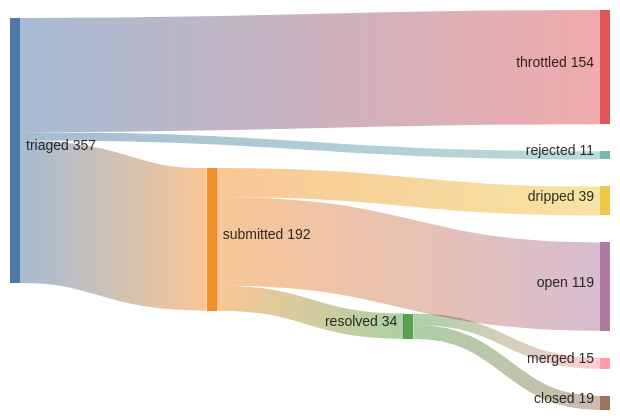
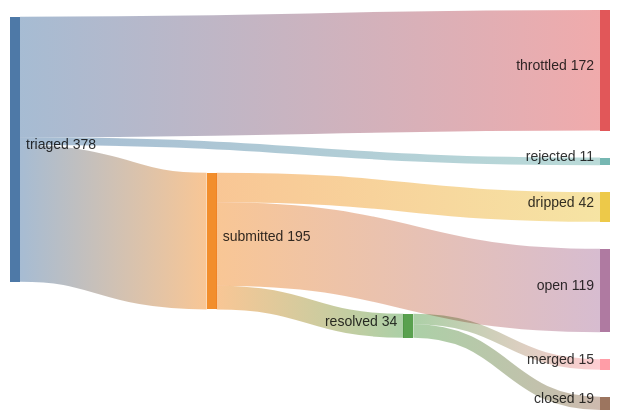
One commit to kimjune01/kimjune01 changed the diagram in README.md. Above: the diagram before and after it, drawn with Mermaid. The commit also changed other lines of this file and 1 other file, not shown here.

Commit message:
stats: 15/34 = 44% (04:52 UTC)

````diff
--- a/README.md
+++ b/README.md
@@ -3,11 +3,11 @@
 ```mermaid
 sankey-beta
-    triaged,    submitted, 192
-    triaged,    throttled, 154
+    triaged,    submitted, 195
+    triaged,    throttled, 172
     triaged,    rejected,  11
     submitted,  resolved,  34
-    submitted,  dripped,   39
+    submitted,  dripped,   42
     submitted,  open,      119
     resolved,   merged,    15
     resolved,   closed,    19
 ```
````
